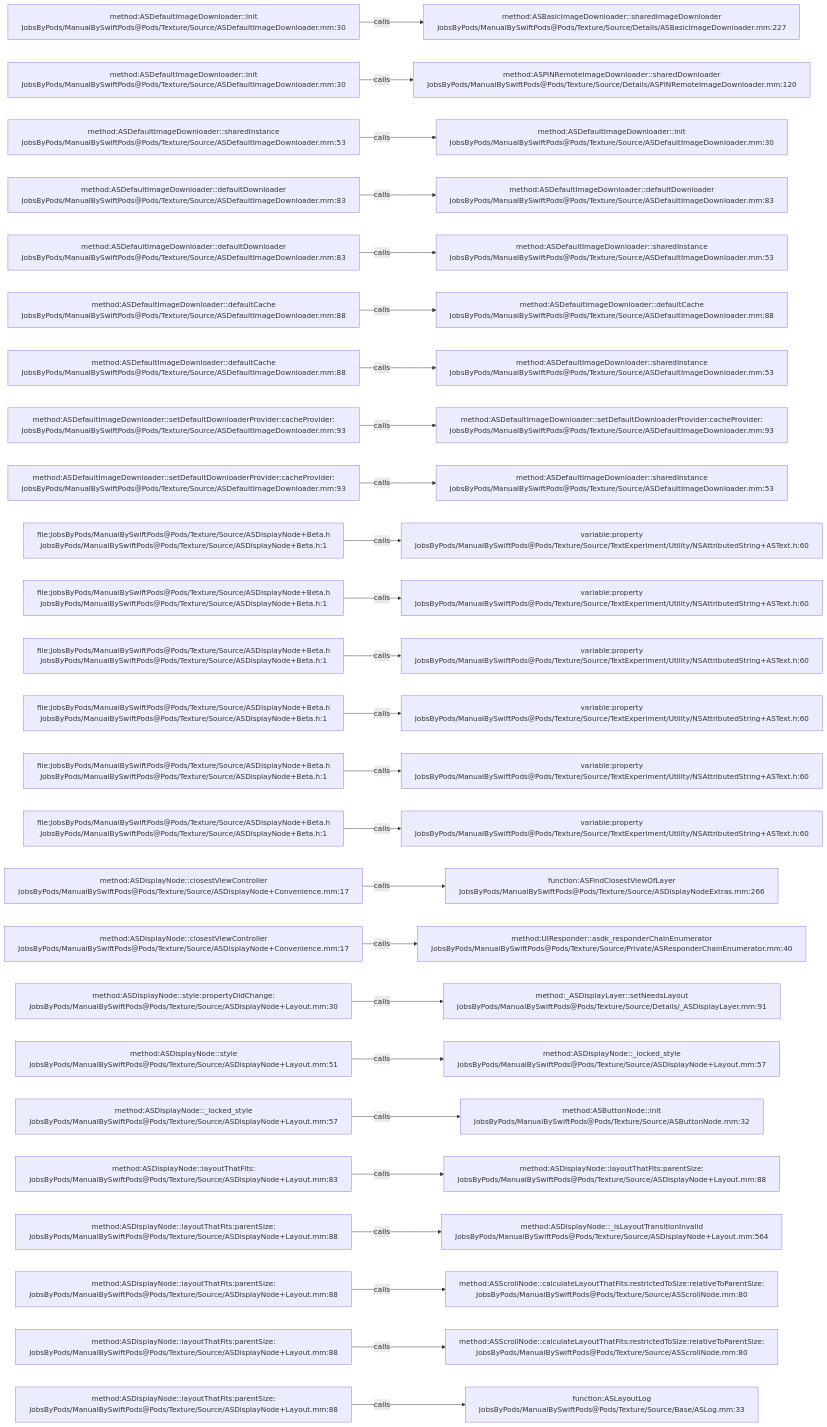
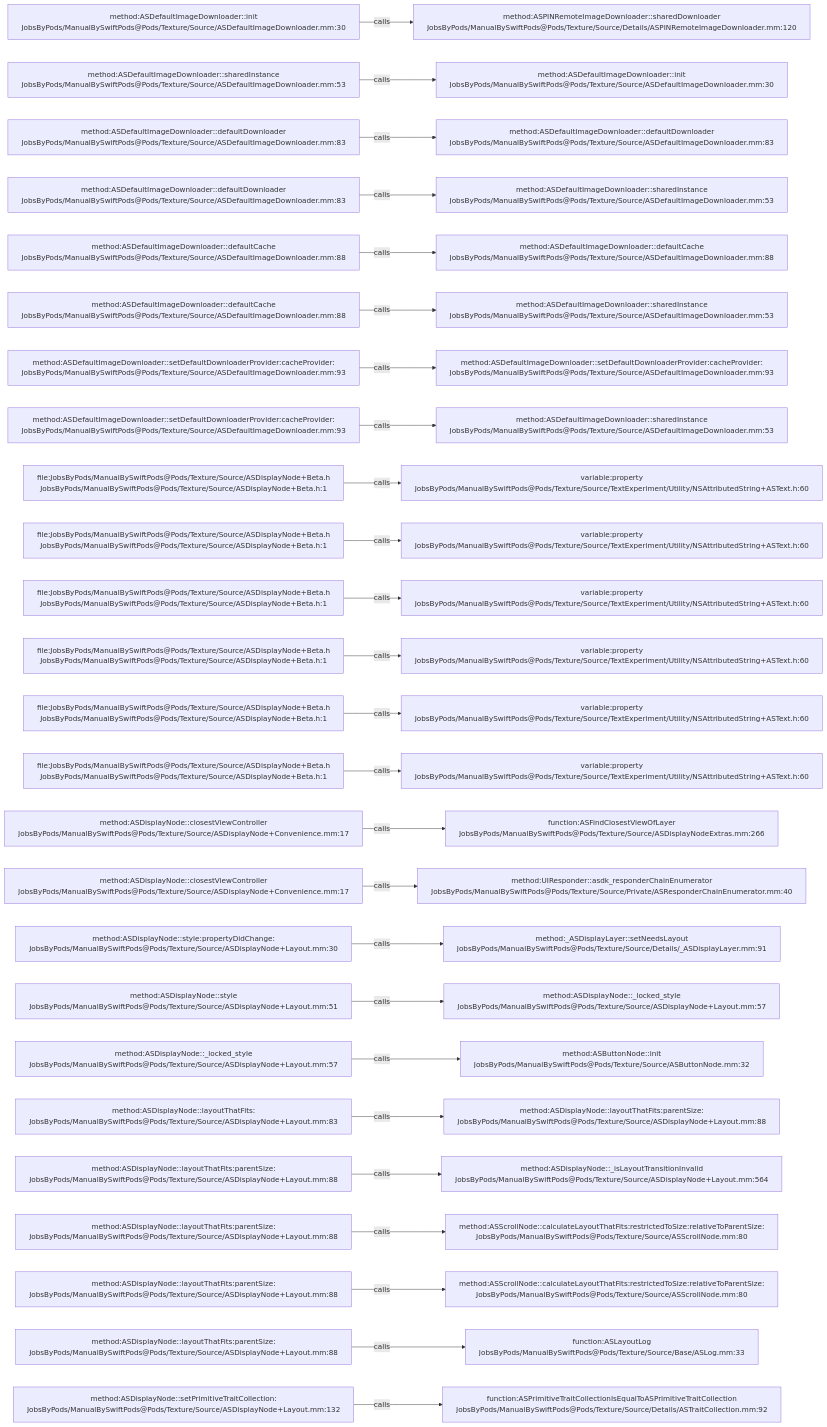
One commit to JobsKits/JobsSwiftBaseConfigDemo changed the diagram in .codegraph/codegraph.md/graphs/calls-020.md. Above: the diagram before and after it, drawn with Mermaid. The commit also changed 747 other files, not shown here.

````diff
--- a/.codegraph/codegraph.md/graphs/calls-020.md
+++ b/.codegraph/codegraph.md/graphs/calls-020.md
@@ -13,78 +13,78 @@
 ```mermaid
 flowchart LR
   S1["method:ASDefaultImageDownloader::init<br/>JobsByPods/ManualBySwiftPods@Pods/Texture/Source/ASDefaultImageDownloader.mm:30"]
-  T1["method:ASBasicImageDownloader::sharedImageDownloader<br/>JobsByPods/ManualBySwiftPods@Pods/Texture/Source/Details/ASBasicImageDownloader.mm:227"]
+  T1["method:ASPINRemoteImageDownloader::sharedDownloader<br/>JobsByPods/ManualBySwiftPods@Pods/Texture/Source/Details/ASPINRemoteImageDownloader.mm:120"]
   S1 -->|calls| T1
-  S2["method:ASDefaultImageDownloader::init<br/>JobsByPods/ManualBySwiftPods@Pods/Texture/Source/ASDefaultImageDownloader.mm:30"]
-  T2["method:ASPINRemoteImageDownloader::sharedDownloader<br/>JobsByPods/ManualBySwiftPods@Pods/Texture/Source/Details/ASPINRemoteImageDownloader.mm:120"]
+  S2["method:ASDefaultImageDownloader::sharedInstance<br/>JobsByPods/ManualBySwiftPods@Pods/Texture/Source/ASDefaultImageDownloader.mm:53"]
+  T2["method:ASDefaultImageDownloader::init<br/>JobsByPods/ManualBySwiftPods@Pods/Texture/Source/ASDefaultImageDownloader.mm:30"]
   S2 -->|calls| T2
-  S3["method:ASDefaultImageDownloader::sharedInstance<br/>JobsByPods/ManualBySwiftPods@Pods/Texture/Source/ASDefaultImageDownloader.mm:53"]
-  T3["method:ASDefaultImageDownloader::init<br/>JobsByPods/ManualBySwiftPods@Pods/Texture/Source/ASDefaultImageDownloader.mm:30"]
+  S3["method:ASDefaultImageDownloader::defaultDownloader<br/>JobsByPods/ManualBySwiftPods@Pods/Texture/Source/ASDefaultImageDownloader.mm:83"]
+  T3["method:ASDefaultImageDownloader::defaultDownloader<br/>JobsByPods/ManualBySwiftPods@Pods/Texture/Source/ASDefaultImageDownloader.mm:83"]
   S3 -->|calls| T3
   S4["method:ASDefaultImageDownloader::defaultDownloader<br/>JobsByPods/ManualBySwiftPods@Pods/Texture/Source/ASDefaultImageDownloader.mm:83"]
-  T4["method:ASDefaultImageDownloader::defaultDownloader<br/>JobsByPods/ManualBySwiftPods@Pods/Texture/Source/ASDefaultImageDownloader.mm:83"]
+  T4["method:ASDefaultImageDownloader::sharedInstance<br/>JobsByPods/ManualBySwiftPods@Pods/Texture/Source/ASDefaultImageDownloader.mm:53"]
   S4 -->|calls| T4
-  S5["method:ASDefaultImageDownloader::defaultDownloader<br/>JobsByPods/ManualBySwiftPods@Pods/Texture/Source/ASDefaultImageDownloader.mm:83"]
-  T5["method:ASDefaultImageDownloader::sharedInstance<br/>JobsByPods/ManualBySwiftPods@Pods/Texture/Source/ASDefaultImageDownloader.mm:53"]
+  S5["method:ASDefaultImageDownloader::defaultCache<br/>JobsByPods/ManualBySwiftPods@Pods/Texture/Source/ASDefaultImageDownloader.mm:88"]
+  T5["method:ASDefaultImageDownloader::defaultCache<br/>JobsByPods/ManualBySwiftPods@Pods/Texture/Source/ASDefaultImageDownloader.mm:88"]
   S5 -->|calls| T5
   S6["method:ASDefaultImageDownloader::defaultCache<br/>JobsByPods/ManualBySwiftPods@Pods/Texture/Source/ASDefaultImageDownloader.mm:88"]
-  T6["method:ASDefaultImageDownloader::defaultCache<br/>JobsByPods/ManualBySwiftPods@Pods/Texture/Source/ASDefaultImageDownloader.mm:88"]
+  T6["method:ASDefaultImageDownloader::sharedInstance<br/>JobsByPods/ManualBySwiftPods@Pods/Texture/Source/ASDefaultImageDownloader.mm:53"]
   S6 -->|calls| T6
-  S7["method:ASDefaultImageDownloader::defaultCache<br/>JobsByPods/ManualBySwiftPods@Pods/Texture/Source/ASDefaultImageDownloader.mm:88"]
-  T7["method:ASDefaultImageDownloader::sharedInstance<br/>JobsByPods/ManualBySwiftPods@Pods/Texture/Source/ASDefaultImageDownloader.mm:53"]
+  S7["method:ASDefaultImageDownloader::setDefaultDownloaderProvider:cacheProvider:<br/>JobsByPods/ManualBySwiftPods@Pods/Texture/Source/ASDefaultImageDownloader.mm:93"]
+  T7["method:ASDefaultImageDownloader::setDefaultDownloaderProvider:cacheProvider:<br/>JobsByPods/ManualBySwiftPods@Pods/Texture/Source/ASDefaultImageDownloader.mm:93"]
   S7 -->|calls| T7
   S8["method:ASDefaultImageDownloader::setDefaultDownloaderProvider:cacheProvider:<br/>JobsByPods/ManualBySwiftPods@Pods/Texture/Source/ASDefaultImageDownloader.mm:93"]
-  T8["method:ASDefaultImageDownloader::setDefaultDownloaderProvider:cacheProvider:<br/>JobsByPods/ManualBySwiftPods@Pods/Texture/Source/ASDefaultImageDownloader.mm:93"]
+  T8["method:ASDefaultImageDownloader::sharedInstance<br/>JobsByPods/ManualBySwiftPods@Pods/Texture/Source/ASDefaultImageDownloader.mm:53"]
   S8 -->|calls| T8
-  S9["method:ASDefaultImageDownloader::setDefaultDownloaderProvider:cacheProvider:<br/>JobsByPods/ManualBySwiftPods@Pods/Texture/Source/ASDefaultImageDownloader.mm:93"]
-  T9["method:ASDefaultImageDownloader::sharedInstance<br/>JobsByPods/ManualBySwiftPods@Pods/Texture/Source/ASDefaultImageDownloader.mm:53"]
+  S9["file:JobsByPods/ManualBySwiftPods@Pods/Texture/Source/ASDisplayNode+Beta.h<br/>JobsByPods/ManualBySwiftPods@Pods/Texture/Source/ASDisplayNode+Beta.h:1"]
+  T9["variable:property<br/>JobsByPods/ManualBySwiftPods@Pods/Texture/Source/TextExperiment/Utility/NSAttributedString+ASText.h:60"]
   S9 -->|calls| T9
   S10["file:JobsByPods/ManualBySwiftPods@Pods/Texture/Source/ASDisplayNode+Beta.h<br/>JobsByPods/ManualBySwiftPods@Pods/Texture/Source/ASDisplayNode+Beta.h:1"]
   T10["variable:property<br/>JobsByPods/ManualBySwiftPods@Pods/Texture/Source/TextExperiment/Utility/NSAttributedString+ASText.h:60"]
   S10 -->|calls| T10
   S11["file:JobsByPods/ManualBySwiftPods@Pods/Texture/Source/ASDisplayNode+Beta.h<br/>JobsByPods/ManualBySwiftPods@Pods/Texture/Source/ASDisplayNode+Beta.h:1"]
   T11["variable:property<br/>JobsByPods/ManualBySwiftPods@Pods/Texture/Source/TextExperiment/Utility/NSAttributedString+ASText.h:60"]
   S11 -->|calls| T11
   S12["file:JobsByPods/ManualBySwiftPods@Pods/Texture/Source/ASDisplayNode+Beta.h<br/>JobsByPods/ManualBySwiftPods@Pods/Texture/Source/ASDisplayNode+Beta.h:1"]
   T12["variable:property<br/>JobsByPods/ManualBySwiftPods@Pods/Texture/Source/TextExperiment/Utility/NSAttributedString+ASText.h:60"]
   S12 -->|calls| T12
   S13["file:JobsByPods/ManualBySwiftPods@Pods/Texture/Source/ASDisplayNode+Beta.h<br/>JobsByPods/ManualBySwiftPods@Pods/Texture/Source/ASDisplayNode+Beta.h:1"]
   T13["variable:property<br/>JobsByPods/ManualBySwiftPods@Pods/Texture/Source/TextExperiment/Utility/NSAttributedString+ASText.h:60"]
   S13 -->|calls| T13
   S14["file:JobsByPods/ManualBySwiftPods@Pods/Texture/Source/ASDisplayNode+Beta.h<br/>JobsByPods/ManualBySwiftPods@Pods/Texture/Source/ASDisplayNode+Beta.h:1"]
   T14["variable:property<br/>JobsByPods/ManualBySwiftPods@Pods/Texture/Source/TextExperiment/Utility/NSAttributedString+ASText.h:60"]
   S14 -->|calls| T14
-  S15["file:JobsByPods/ManualBySwiftPods@Pods/Texture/Source/ASDisplayNode+Beta.h<br/>JobsByPods/ManualBySwiftPods@Pods/Texture/Source/ASDisplayNode+Beta.h:1"]
-  T15["variable:property<br/>JobsByPods/ManualBySwiftPods@Pods/Texture/Source/TextExperiment/Utility/NSAttributedString+ASText.h:60"]
+  S15["method:ASDisplayNode::closestViewController<br/>JobsByPods/ManualBySwiftPods@Pods/Texture/Source/ASDisplayNode+Convenience.mm:17"]
+  T15["function:ASFindClosestViewOfLayer<br/>JobsByPods/ManualBySwiftPods@Pods/Texture/Source/ASDisplayNodeExtras.mm:266"]
   S15 -->|calls| T15
   S16["method:ASDisplayNode::closestViewController<br/>JobsByPods/ManualBySwiftPods@Pods/Texture/Source/ASDisplayNode+Convenience.mm:17"]
-  T16["function:ASFindClosestViewOfLayer<br/>JobsByPods/ManualBySwiftPods@Pods/Texture/Source/ASDisplayNodeExtras.mm:266"]
+  T16["method:UIResponder::asdk_responderChainEnumerator<br/>JobsByPods/ManualBySwiftPods@Pods/Texture/Source/Private/ASResponderChainEnumerator.mm:40"]
   S16 -->|calls| T16
-  S17["method:ASDisplayNode::closestViewController<br/>JobsByPods/ManualBySwiftPods@Pods/Texture/Source/ASDisplayNode+Convenience.mm:17"]
-  T17["method:UIResponder::asdk_responderChainEnumerator<br/>JobsByPods/ManualBySwiftPods@Pods/Texture/Source/Private/ASResponderChainEnumerator.mm:40"]
+  S17["method:ASDisplayNode::style:propertyDidChange:<br/>JobsByPods/ManualBySwiftPods@Pods/Texture/Source/ASDisplayNode+Layout.mm:30"]
+  T17["method:_ASDisplayLayer::setNeedsLayout<br/>JobsByPods/ManualBySwiftPods@Pods/Texture/Source/Details/_ASDisplayLayer.mm:91"]
   S17 -->|calls| T17
-  S18["method:ASDisplayNode::style:propertyDidChange:<br/>JobsByPods/ManualBySwiftPods@Pods/Texture/Source/ASDisplayNode+Layout.mm:30"]
-  T18["method:_ASDisplayLayer::setNeedsLayout<br/>JobsByPods/ManualBySwiftPods@Pods/Texture/Source/Details/_ASDisplayLayer.mm:91"]
+  S18["method:ASDisplayNode::style<br/>JobsByPods/ManualBySwiftPods@Pods/Texture/Source/ASDisplayNode+Layout.mm:51"]
+  T18["method:ASDisplayNode::_locked_style<br/>JobsByPods/ManualBySwiftPods@Pods/Texture/Source/ASDisplayNode+Layout.mm:57"]
   S18 -->|calls| T18
-  S19["method:ASDisplayNode::style<br/>JobsByPods/ManualBySwiftPods@Pods/Texture/Source/ASDisplayNode+Layout.mm:51"]
-  T19["method:ASDisplayNode::_locked_style<br/>JobsByPods/ManualBySwiftPods@Pods/Texture/Source/ASDisplayNode+Layout.mm:57"]
+  S19["method:ASDisplayNode::_locked_style<br/>JobsByPods/ManualBySwiftPods@Pods/Texture/Source/ASDisplayNode+Layout.mm:57"]
+  T19["method:ASButtonNode::init<br/>JobsByPods/ManualBySwiftPods@Pods/Texture/Source/ASButtonNode.mm:32"]
   S19 -->|calls| T19
-  S20["method:ASDisplayNode::_locked_style<br/>JobsByPods/ManualBySwiftPods@Pods/Texture/Source/ASDisplayNode+Layout.mm:57"]
-  T20["method:ASButtonNode::init<br/>JobsByPods/ManualBySwiftPods@Pods/Texture/Source/ASButtonNode.mm:32"]
+  S20["method:ASDisplayNode::layoutThatFits:<br/>JobsByPods/ManualBySwiftPods@Pods/Texture/Source/ASDisplayNode+Layout.mm:83"]
+  T20["method:ASDisplayNode::layoutThatFits:parentSize:<br/>JobsByPods/ManualBySwiftPods@Pods/Texture/Source/ASDisplayNode+Layout.mm:88"]
   S20 -->|calls| T20
-  S21["method:ASDisplayNode::layoutThatFits:<br/>JobsByPods/ManualBySwiftPods@Pods/Texture/Source/ASDisplayNode+Layout.mm:83"]
-  T21["method:ASDisplayNode::layoutThatFits:parentSize:<br/>JobsByPods/ManualBySwiftPods@Pods/Texture/Source/ASDisplayNode+Layout.mm:88"]
+  S21["method:ASDisplayNode::layoutThatFits:parentSize:<br/>JobsByPods/ManualBySwiftPods@Pods/Texture/Source/ASDisplayNode+Layout.mm:88"]
+  T21["method:ASDisplayNode::_isLayoutTransitionInvalid<br/>JobsByPods/ManualBySwiftPods@Pods/Texture/Source/ASDisplayNode+Layout.mm:564"]
   S21 -->|calls| T21
   S22["method:ASDisplayNode::layoutThatFits:parentSize:<br/>JobsByPods/ManualBySwiftPods@Pods/Texture/Source/ASDisplayNode+Layout.mm:88"]
-  T22["method:ASDisplayNode::_isLayoutTransitionInvalid<br/>JobsByPods/ManualBySwiftPods@Pods/Texture/Source/ASDisplayNode+Layout.mm:564"]
+  T22["method:ASScrollNode::calculateLayoutThatFits:restrictedToSize:relativeToParentSize:<br/>JobsByPods/ManualBySwiftPods@Pods/Texture/Source/ASScrollNode.mm:80"]
   S22 -->|calls| T22
   S23["method:ASDisplayNode::layoutThatFits:parentSize:<br/>JobsByPods/ManualBySwiftPods@Pods/Texture/Source/ASDisplayNode+Layout.mm:88"]
   T23["method:ASScrollNode::calculateLayoutThatFits:restrictedToSize:relativeToParentSize:<br/>JobsByPods/ManualBySwiftPods@Pods/Texture/Source/ASScrollNode.mm:80"]
   S23 -->|calls| T23
   S24["method:ASDisplayNode::layoutThatFits:parentSize:<br/>JobsByPods/ManualBySwiftPods@Pods/Texture/Source/ASDisplayNode+Layout.mm:88"]
-  T24["method:ASScrollNode::calculateLayoutThatFits:restrictedToSize:relativeToParentSize:<br/>JobsByPods/ManualBySwiftPods@Pods/Texture/Source/ASScrollNode.mm:80"]
+  T24["function:ASLayoutLog<br/>JobsByPods/ManualBySwiftPods@Pods/Texture/Source/Base/ASLog.mm:33"]
   S24 -->|calls| T24
-  S25["method:ASDisplayNode::layoutThatFits:parentSize:<br/>JobsByPods/ManualBySwiftPods@Pods/Texture/Source/ASDisplayNode+Layout.mm:88"]
-  T25["function:ASLayoutLog<br/>JobsByPods/ManualBySwiftPods@Pods/Texture/Source/Base/ASLog.mm:33"]
+  S25["method:ASDisplayNode::setPrimitiveTraitCollection:<br/>JobsByPods/ManualBySwiftPods@Pods/Texture/Source/ASDisplayNode+Layout.mm:132"]
+  T25["function:ASPrimitiveTraitCollectionIsEqualToASPrimitiveTraitCollection<br/>JobsByPods/ManualBySwiftPods@Pods/Texture/Source/Details/ASTraitCollection.mm:92"]
   S25 -->|calls| T25
 ```
````
